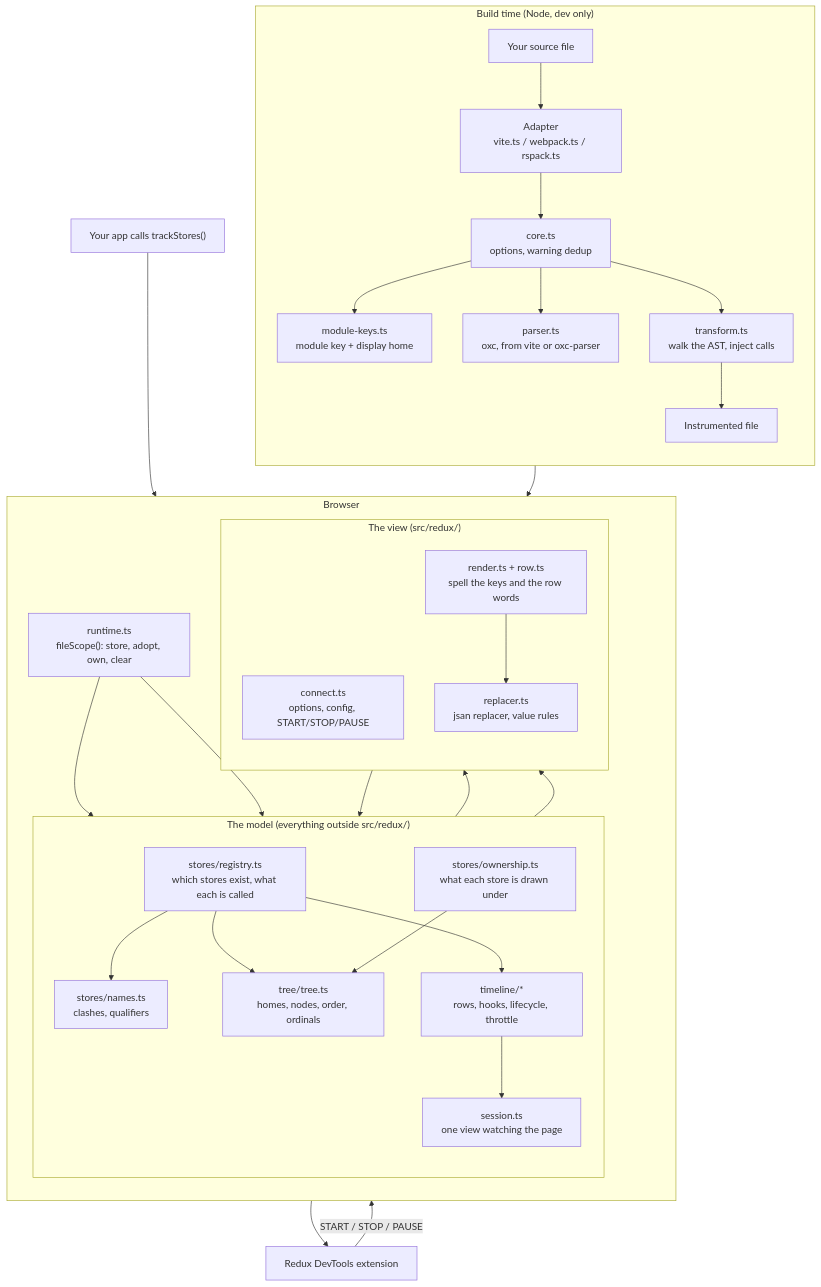
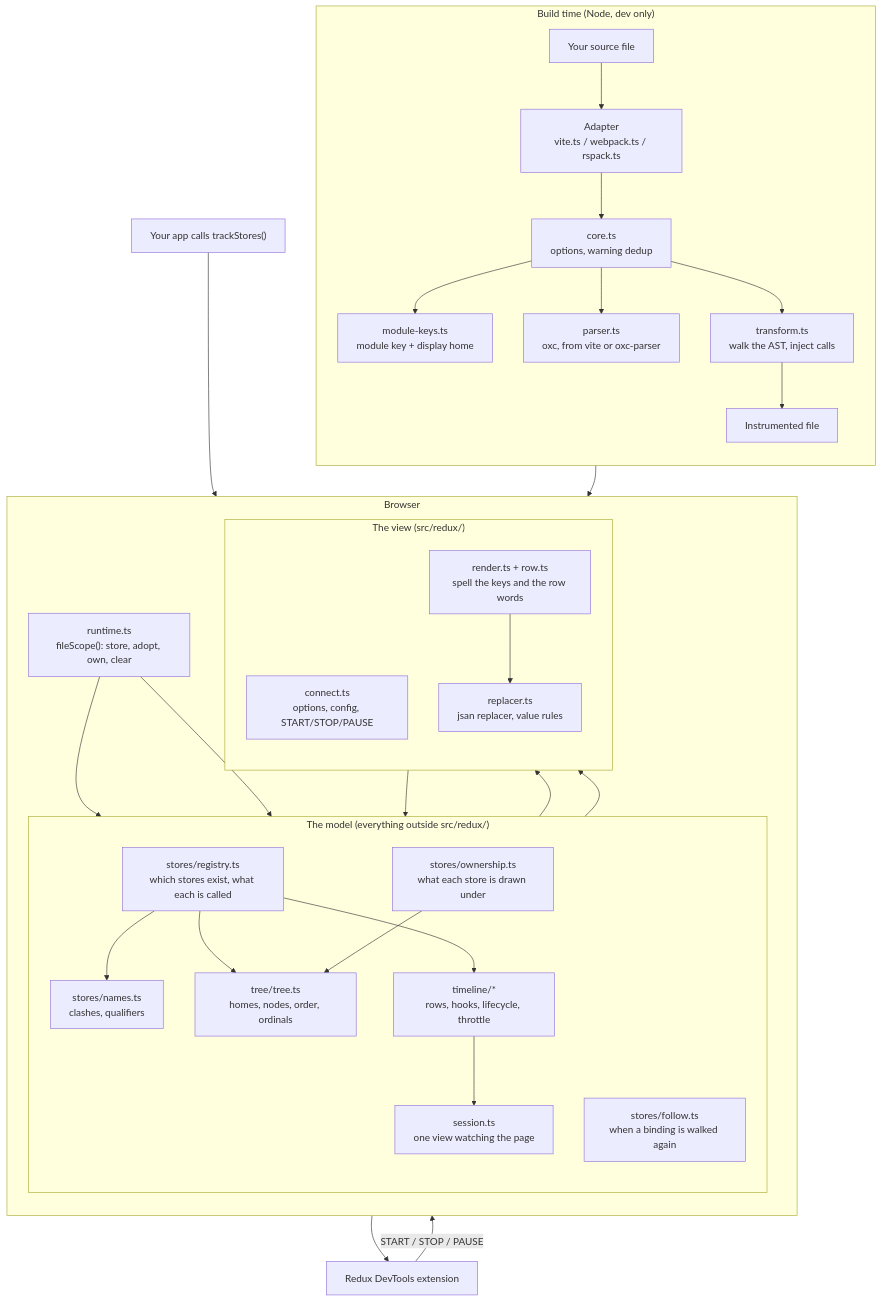
One commit to psd-coder/nanostores-devtools changed the first of 3 diagrams in docs/ARCHITECTURE.md. Above: the diagram before and after it, drawn with Mermaid. The commit also changed other lines of this file and 2 other files, not shown here.

````diff
--- a/docs/ARCHITECTURE.md
+++ b/docs/ARCHITECTURE.md
@@ -41,56 +41,57 @@
 ```mermaid
 flowchart TB
   subgraph build["Build time (Node, dev only)"]
     direction TB
     src["Your source file"]
     adapter["Adapter<br/>vite.ts / webpack.ts / rspack.ts"]
     core["core.ts<br/>options, warning dedup"]
     keys["module-keys.ts<br/>module key + display home"]
     parser["parser.ts<br/>oxc, from vite or oxc-parser"]
     transform["transform.ts<br/>walk the AST, inject calls"]
     out["Instrumented file"]
 
     src --> adapter --> core
     core --> keys
     core --> parser
     core --> transform --> out
   end
 
   subgraph browser["Browser"]
     direction TB
     runtime["runtime.ts<br/>fileScope(): store, adopt, own, clear"]
 
     subgraph model["The model (everything outside src/redux/)"]
       direction TB
       registry["stores/registry.ts<br/>which stores exist, what each is called"]
       names["stores/names.ts<br/>clashes, qualifiers"]
       ownership["stores/ownership.ts<br/>what each store is drawn under"]
+      follow["stores/follow.ts<br/>when a binding is walked again"]
       tree["tree/tree.ts<br/>homes, nodes, order, ordinals"]
       timeline["timeline/*<br/>rows, hooks, lifecycle, throttle"]
       session["session.ts<br/>one view watching the page"]
     end
 
     subgraph view["The view (src/redux/)"]
       direction TB
       connect["connect.ts<br/>options, config, START/STOP/PAUSE"]
       render["render.ts + row.ts<br/>spell the keys and the row words"]
       replacer["replacer.ts<br/>jsan replacer, value rules"]
     end
   end
 
   ext["Redux DevTools extension"]
   app["Your app calls trackStores()"]
 
   out --> runtime
   runtime --> registry
   runtime --> ownership
   app --> registry
   registry --> names
   registry --> tree
   ownership --> tree
   registry --> timeline
   tree --> render
   timeline --> session --> render --> replacer --> ext
   ext -- "START / STOP / PAUSE" --> connect
   connect --> session
 ```
````
